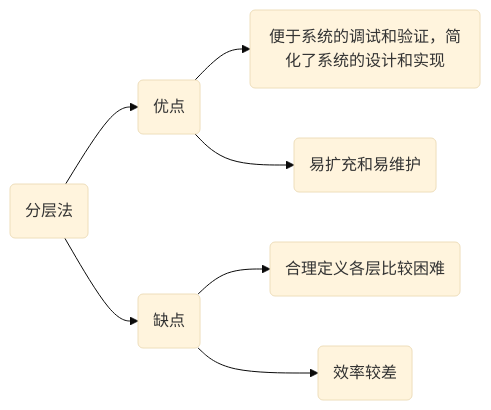
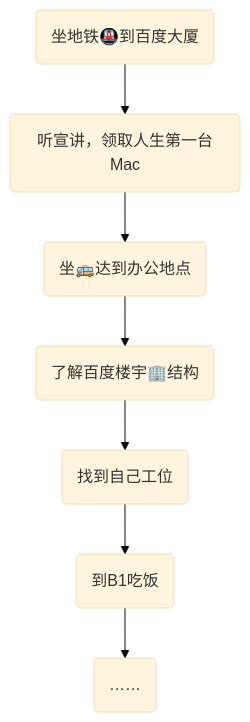
One commit to wlkla/onebuaaer.github.io changed the diagram in backup/计算机系统概述.md. Above: the diagram before and after it, drawn with Mermaid (base theme). The commit also changed other lines of this file and 7 other files, not shown here.

````diff
--- a/backup/计算机系统概述.md
+++ b/backup/计算机系统概述.md
@@ -601,16 +5,11 @@
-   ```mermaid
-   graph LR
-   	A(分层法)
-   	B(优点)
-   	C(缺点)
-   	D(便于系统的调试和验证，简化了系统的设计和实现)
-   	E(易扩充和易维护)
-   	F(合理定义各层比较困难)
-   	G(效率较差)
-   	A-->B
-   	A-->C
-   	B-->D
-   	B-->E
-   	C-->F
-   	C-->G
-   ```
+```mermaid
+graph TB
+    A(坐地铁🚇到百度大厦)
+    B(听宣讲，领取人生第一台Mac)
+    C(坐🚌达到办公地点)
+    D(了解百度楼宇🏢结构)
+    E(找到自己工位)
+    F(到B1吃饭)
+    G(……)
+    A --> B --> C --> D --> E --> F --> G
+```
````
